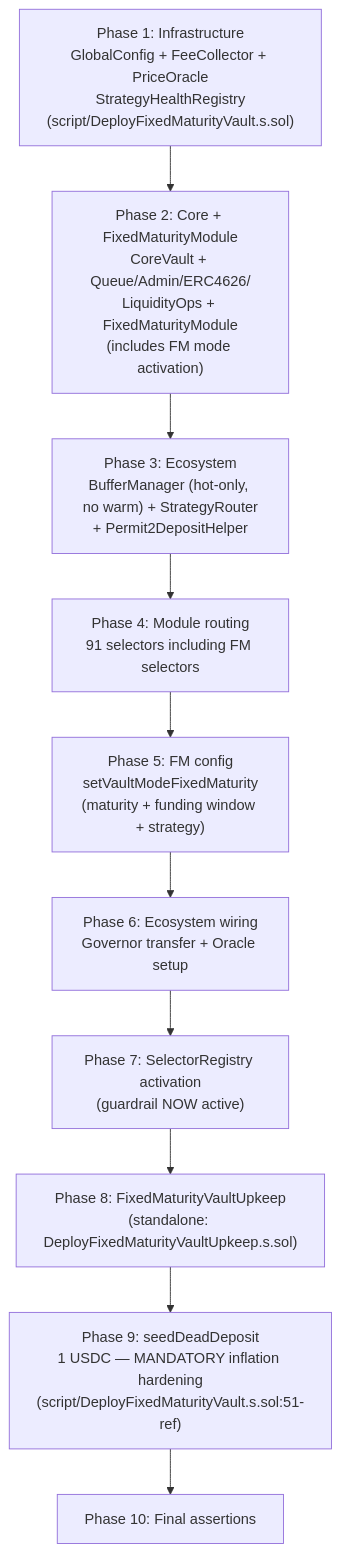
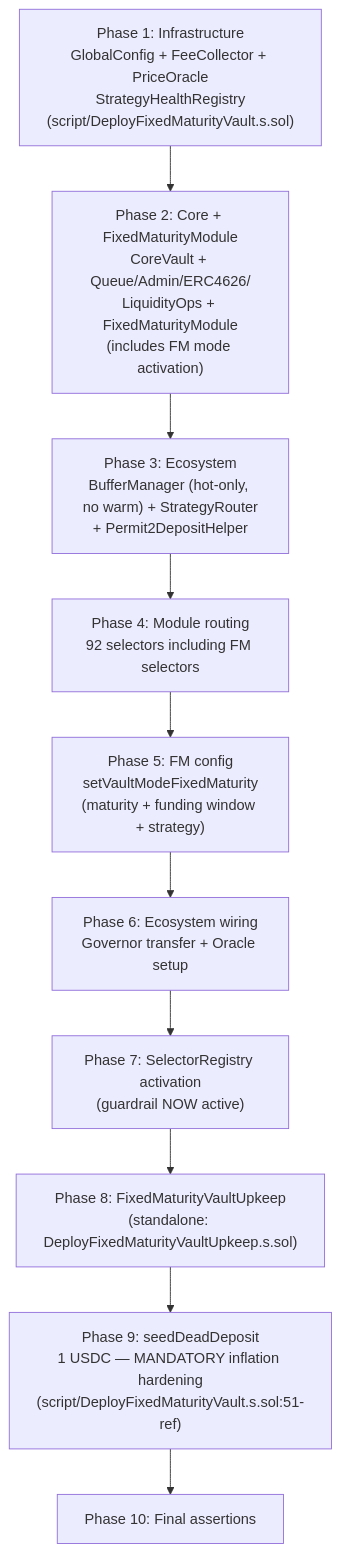
One commit to Multyr/multyr-core changed the second of 2 diagrams in docs/deployment.md. Above: the diagram before and after it, drawn with Mermaid. The commit also changed 12 other files, not shown here.

````diff
--- a/docs/deployment.md
+++ b/docs/deployment.md
@@ -337,13 +337,13 @@
 ```mermaid
 flowchart TD
     A["Phase 1: Infrastructure<br/>GlobalConfig + FeeCollector + PriceOracle<br/>StrategyHealthRegistry<br/>(script/DeployFixedMaturityVault.s.sol)"] --> B
     B["Phase 2: Core + FixedMaturityModule<br/>CoreVault + Queue/Admin/ERC4626/<br/>LiquidityOps + FixedMaturityModule<br/>(includes FM mode activation)"] --> C
     C["Phase 3: Ecosystem<br/>BufferManager (hot-only, no warm) + StrategyRouter<br/>+ Permit2DepositHelper"] --> D
-    D["Phase 4: Module routing<br/>91 selectors including FM selectors"] --> E
+    D["Phase 4: Module routing<br/>92 selectors including FM selectors"] --> E
     E["Phase 5: FM config<br/>setVaultModeFixedMaturity<br/>(maturity + funding window + strategy)"] --> F
     F["Phase 6: Ecosystem wiring<br/>Governor transfer + Oracle setup"] --> G
     G["Phase 7: SelectorRegistry activation<br/>(guardrail NOW active)"] --> H
     H["Phase 8: FixedMaturityVaultUpkeep<br/>(standalone: DeployFixedMaturityVaultUpkeep.s.sol)"] --> I
     I["Phase 9: seedDeadDeposit<br/>1 USDC — MANDATORY inflation hardening<br/>(script/DeployFixedMaturityVault.s.sol:51-ref)"] --> J
     J["Phase 10: Final assertions"]
 ```
````
